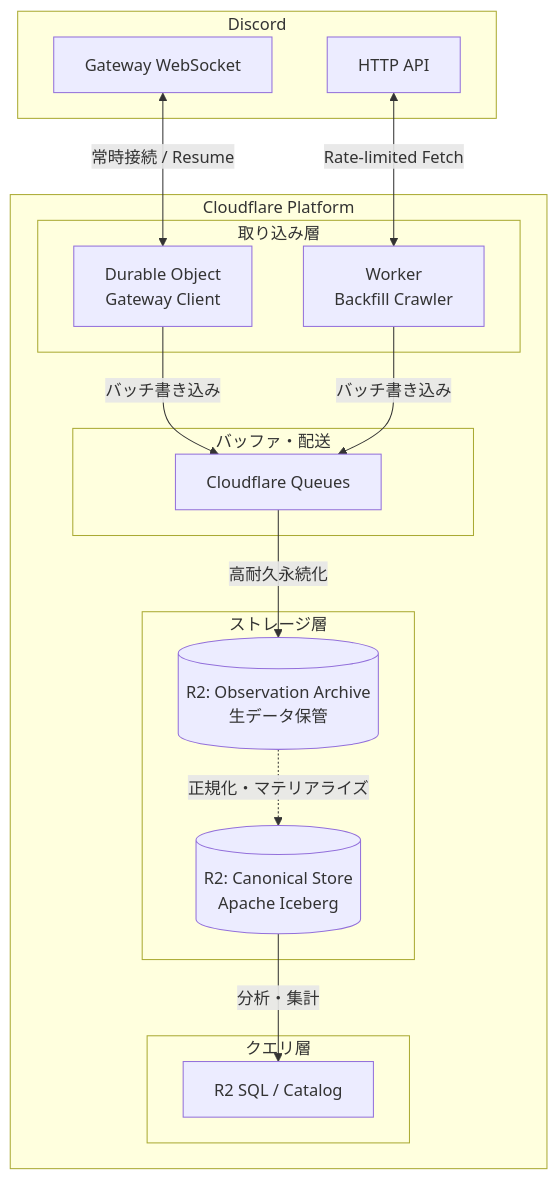
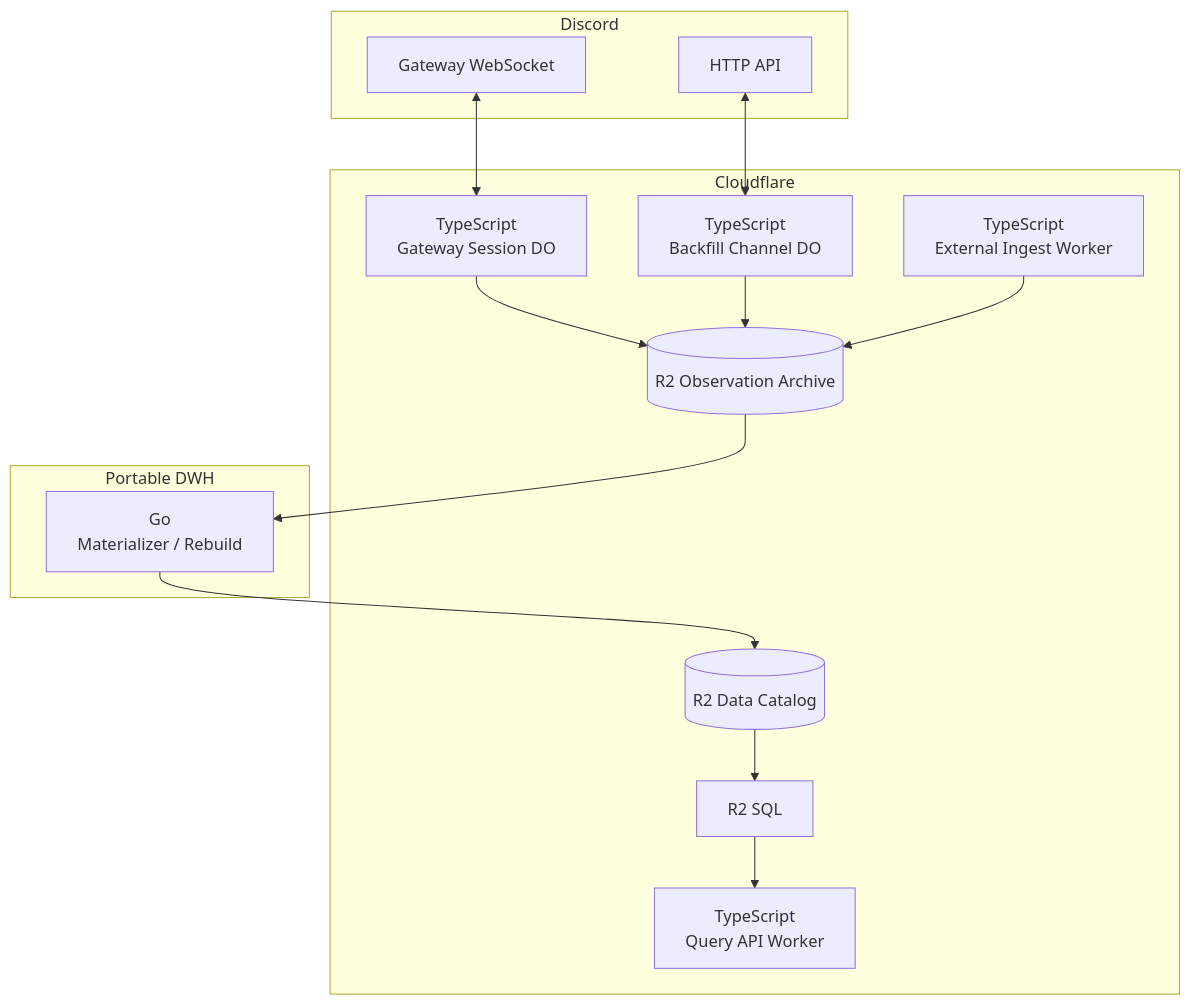
Before and after one commit to ojiverse/datawarehouse: the diagram in docs/architecture/cloudflare/README.md, drawn with Mermaid. The commit also changed other lines of this file, not shown here.

Commit message:
docs: Cloudflare architecture を Go/TypeScript boundary に更新

````diff
--- a/docs/architecture/cloudflare/README.md
+++ b/docs/architecture/cloudflare/README.md
@@ -9,37 +9,31 @@
 ```mermaid
 flowchart TD
     subgraph DiscordPlatform[Discord]
         GW[Gateway WebSocket]
         API[HTTP API]
     end
 
-    subgraph CloudflarePlatform[Cloudflare Platform]
-        subgraph IngestionLayer[取り込み層]
-            DO[Durable Object<br>Gateway Client]
-            BackfillWorker[Worker<br>Backfill Crawler]
-        end
-
-        subgraph BufferLayer[バッファ・配送]
-            Q[Cloudflare Queues]
-        end
-
-        subgraph StorageLayer[ストレージ層]
-            Archive[(R2: Observation Archive<br>生データ保管)]
-            Canonical[(R2: Canonical Store<br>Apache Iceberg)]
-        end
-
-        subgraph QueryLayer[クエリ層]
-            R2SQL[R2 SQL / Catalog]
-        end
+    subgraph CloudflarePlatform[Cloudflare]
+        GatewayDO[TypeScript<br>Gateway Session DO]
+        BackfillDO[TypeScript<br>Backfill Channel DO]
+        Ingest[TypeScript<br>External Ingest Worker]
+        Archive[(R2 Observation Archive)]
+        Catalog[(R2 Data Catalog)]
+        R2SQL[R2 SQL]
+        QueryAPI[TypeScript<br>Query API Worker]
     end
 
-    GW <-->|常時接続 / Resume| DO
-    API <-->|Rate-limited Fetch| BackfillWorker
+    subgraph Portable[Portable DWH]
+        Materializer[Go<br>Materializer / Rebuild]
+    end
 
-    DO -->|バッチ書き込み| Q
-    BackfillWorker -->|バッチ書き込み| Q
-
-    Q -->|高耐久永続化| Archive
-    Archive -.->|正規化・マテリアライズ| Canonical
-    Canonical -->|分析・集計| R2SQL
+    GW <--> GatewayDO
+    API <--> BackfillDO
+    GatewayDO --> Archive
+    BackfillDO --> Archive
+    Ingest --> Archive
+    Archive --> Materializer
+    Materializer --> Catalog
+    Catalog --> R2SQL
+    R2SQL --> QueryAPI
 ```
````
